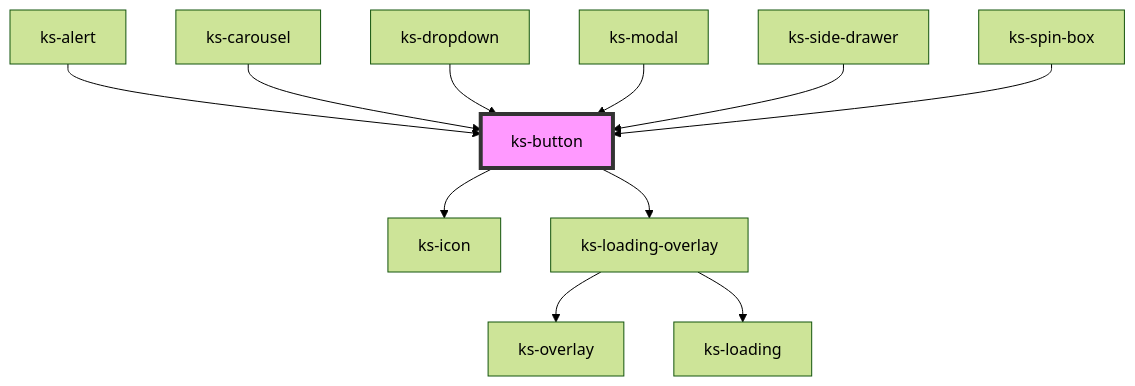
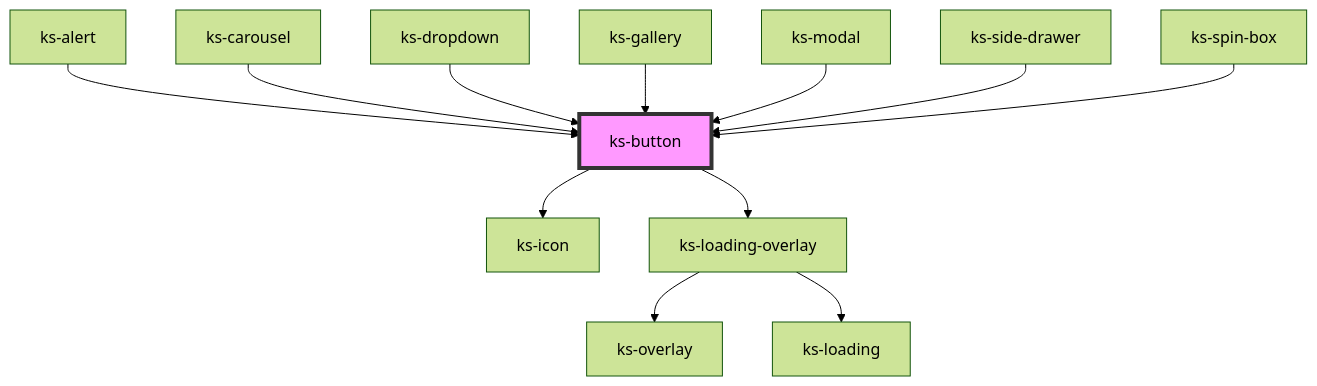
One commit to kickstand-ui/kickstand-ui changed the diagram in src/scripts/components/button/readme.md. Above: the diagram before and after it, drawn with Mermaid (forest theme). The commit also changed other lines of this file and 11 other files, not shown here.

````diff
--- a/src/scripts/components/button/readme.md
+++ b/src/scripts/components/button/readme.md
@@ -50,14 +51,15 @@
 ```mermaid
 graph TD;
   ks-button --> ks-icon
   ks-button --> ks-loading-overlay
   ks-loading-overlay --> ks-overlay
   ks-loading-overlay --> ks-loading
   ks-alert --> ks-button
   ks-carousel --> ks-button
   ks-dropdown --> ks-button
+  ks-gallery --> ks-button
   ks-modal --> ks-button
   ks-side-drawer --> ks-button
   ks-spin-box --> ks-button
   style ks-button fill:#f9f,stroke:#333,stroke-width:4px
 ```
````
